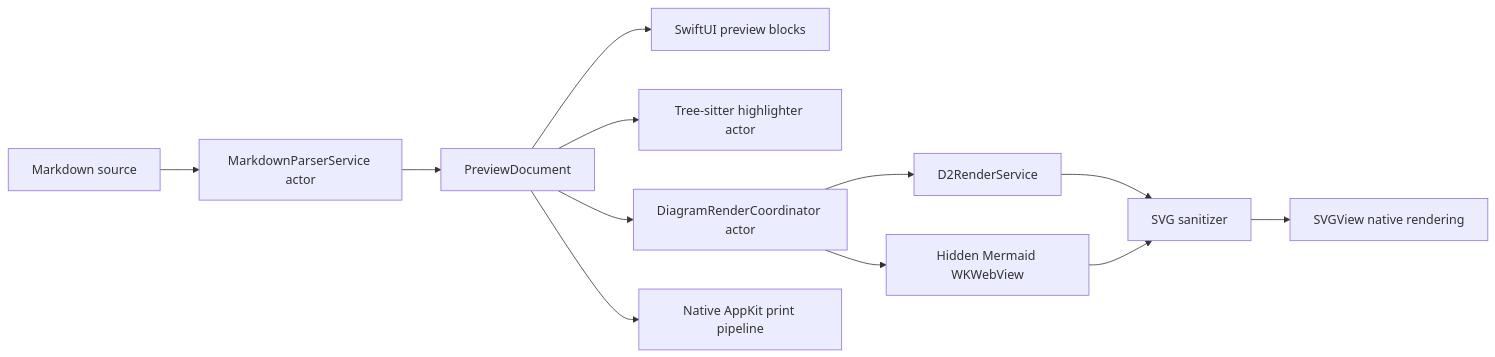
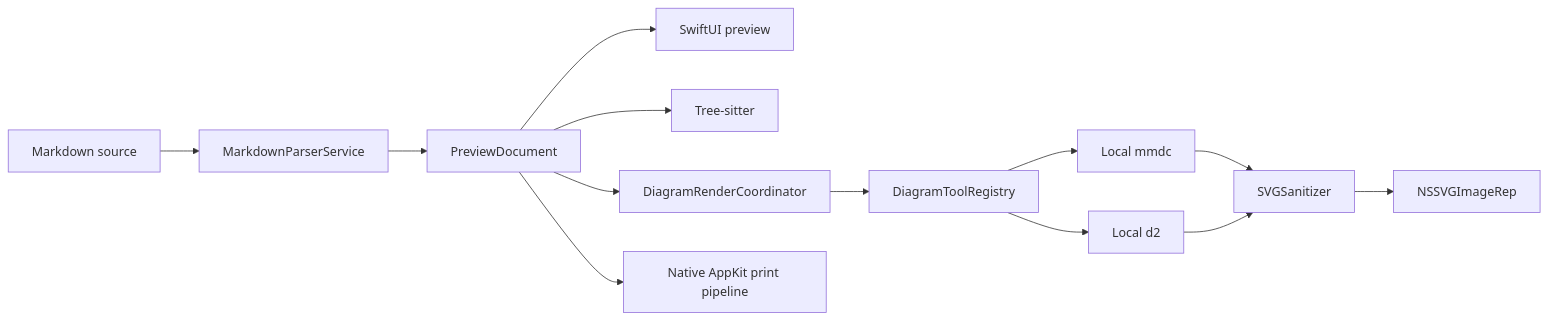
Before and after one commit to Weichen-LF/DiagramDown: the diagram in docs/native-markdown-preview-architecture.md, drawn with Mermaid. The commit also changed other lines of this file and 43 other files, not shown here.

Commit message:
refactor: render diagrams with local CLIs

````diff
--- a/docs/native-markdown-preview-architecture.md
+++ b/docs/native-markdown-preview-architecture.md
@@ -10,14 +10,15 @@
 ```mermaid
 flowchart LR
-    Source[Markdown source] --> Parser[MarkdownParserService actor]
+    Source[Markdown source] --> Parser[MarkdownParserService]
     Parser --> Model[PreviewDocument]
-    Model --> View[SwiftUI preview blocks]
-    Model --> Highlight[Tree-sitter highlighter actor]
-    Model --> Diagram[DiagramRenderCoordinator actor]
-    Diagram --> D2[D2RenderService]
-    Diagram --> Mermaid[Hidden Mermaid WKWebView]
-    D2 --> Sanitize[SVG sanitizer]
-    Mermaid --> Sanitize
-    Sanitize --> SVG[SVGView native rendering]
+    Model --> View[SwiftUI preview]
+    Model --> Highlight[Tree-sitter]
+    Model --> Diagram[DiagramRenderCoordinator]
+    Diagram --> Registry[DiagramToolRegistry]
+    Registry --> MM[Local mmdc]
+    Registry --> D2[Local d2]
+    MM --> Sanitize[SVGSanitizer]
+    D2 --> Sanitize
+    Sanitize --> SVG[NSSVGImageRep]
     Model --> PDF[Native AppKit print pipeline]
 ```
````
